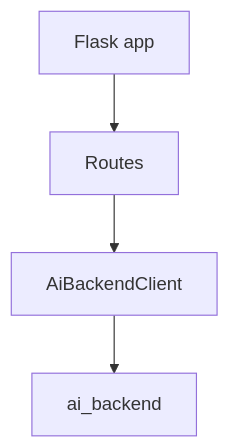
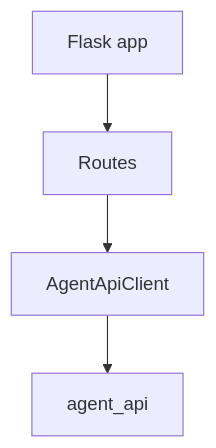
One commit to ElwesHonorato/governed-rag-foundation changed the first of 2 diagrams in domains/ai_ui/docs/ARCHITECTURE.md. Above: the diagram before and after it, drawn with Mermaid. The commit also changed other lines of this file and 45 other files, not shown here.

Commit message:
refactor(agent): rename ai backend domain to agent api

````diff
--- a/domains/ai_ui/docs/ARCHITECTURE.md
+++ b/domains/ai_ui/docs/ARCHITECTURE.md
@@ -34,6 +34,6 @@
 ```mermaid
 graph TD
     A[Flask app] --> B[Routes]
-    B --> C[AiBackendClient]
-    C --> D[ai_backend]
+    B --> C[AgentApiClient]
+    C --> D[agent_api]
 ```
````
